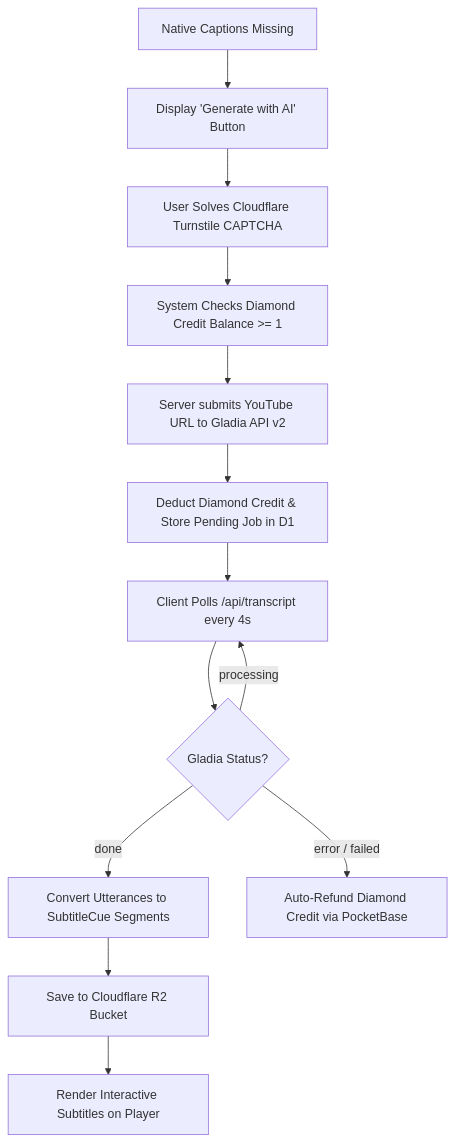
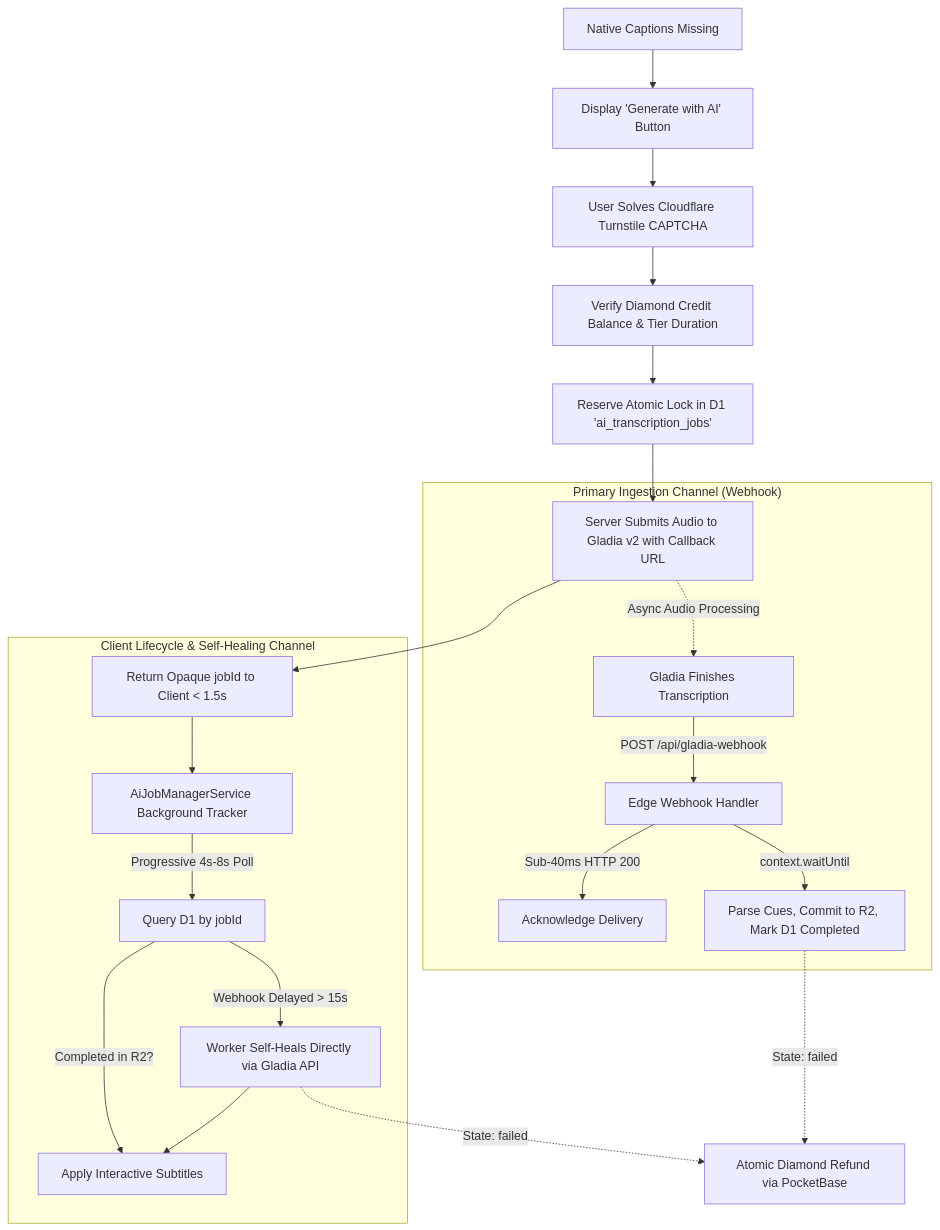
The diagram in doc/features.md (ghuyphan/LinguaTube), drawn with Mermaid before and after one commit. The commit also changed other lines of this file and 24 other files, not shown here.

Commit message:
feat(ai): async webhook pipeline with D1 atomic lock, resilient mobile lifecycle, and zero client vendor URLs

````diff
--- a/doc/features.md
+++ b/doc/features.md
@@ -162,15 +162,27 @@
 ```mermaid
 graph TD
     A[Native Captions Missing] --> B[Display 'Generate with AI' Button]
     B --> C[User Solves Cloudflare Turnstile CAPTCHA]
-    C --> D[System Checks Diamond Credit Balance >= 1]
-    D --> E[Server submits YouTube URL to Gladia API v2]
-    E --> F[Deduct Diamond Credit & Store Pending Job in D1]
-    F --> G[Client Polls /api/transcript every 4s]
-    G --> H{Gladia Status?}
-    H -->|processing| G
-    H -->|done| I[Convert Utterances to SubtitleCue Segments]
-    H -->|error / failed| R[Auto-Refund Diamond Credit via PocketBase]
-    I --> J[Save to Cloudflare R2 Bucket]
-    J --> K[Render Interactive Subtitles on Player]
+    C --> D[Verify Diamond Credit Balance & Tier Duration]
+    D --> E[Reserve Atomic Lock in D1 'ai_transcription_jobs']
+    E --> F[Server Submits Audio to Gladia v2 with Callback URL]
+    F --> G[Return Opaque jobId to Client < 1.5s]
+    
+    subgraph PrimaryChannel["Primary Ingestion Channel (Webhook)"]
+        F -.->|Async Audio Processing| GW[Gladia Finishes Transcription]
+        GW -->|POST /api/gladia-webhook| WH[Edge Webhook Handler]
+        WH -->|Sub-40ms HTTP 200| GA[Acknowledge Delivery]
+        WH -->|context.waitUntil| BG[Parse Cues, Commit to R2, Mark D1 Completed]
+    end
+    
+    subgraph FallbackChannel["Client Lifecycle & Self-Healing Channel"]
+        G --> AJ[AiJobManagerService Background Tracker]
+        AJ -->|Progressive 4s-8s Poll| DB[Query D1 by jobId]
+        DB -->|Completed in R2?| RENDER[Apply Interactive Subtitles]
+        DB -->|Webhook Delayed > 15s| SH[Worker Self-Heals Directly via Gladia API]
+        SH --> RENDER
+    end
+
+    BG -.->|State: failed| REFUND[Atomic Diamond Refund via PocketBase]
+    SH -.->|State: failed| REFUND
 ```
````
